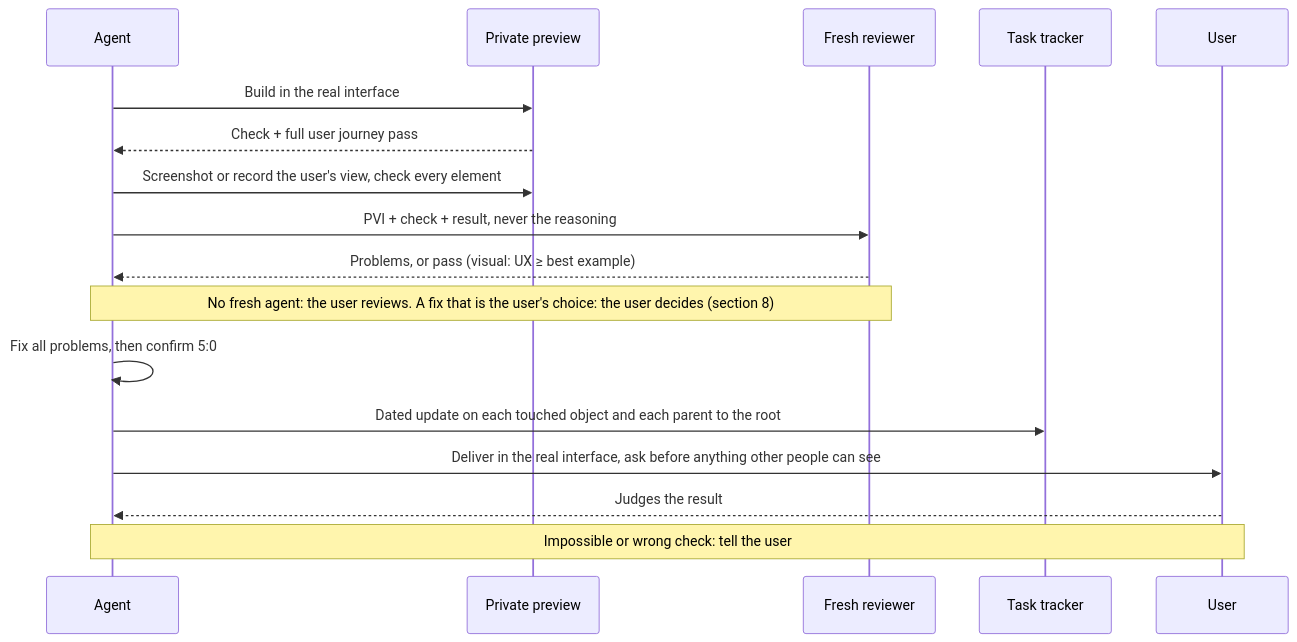
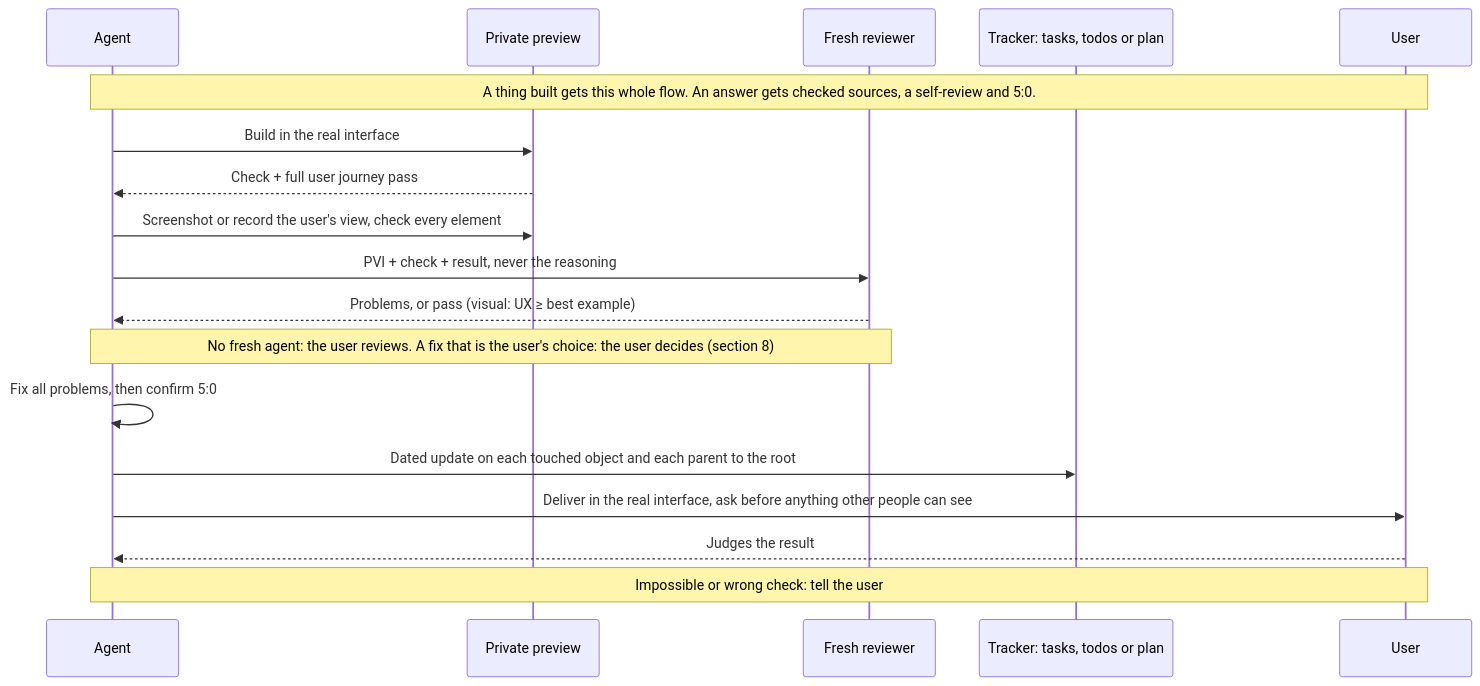
Before and after one commit to SolenixAI/arbiter: diagram 11 of 14 in AGENTS.md, drawn with Mermaid. The commit also changed other lines of this file, not shown here.

First line of the commit message:
docs(agents): title, defined terms, general wording, engine review fixes (#6)

````diff
--- a/AGENTS.md
+++ b/AGENTS.md
@@ -448,19 +454,20 @@
 ```mermaid
 sequenceDiagram
   participant A as Agent
   participant P as Private preview
   participant R as Fresh reviewer
-  participant T as Task tracker
+  participant T as Tracker: tasks, todos or plan
   participant U as User
+  Note over A,U: A thing built gets this whole flow. An answer gets checked sources, a self-review and 5:0.
   A->>P: Build in the real interface
   P-->>A: Check + full user journey pass
   A->>P: Screenshot or record the user's view, check every element
   A->>R: PVI + check + result, never the reasoning
   R-->>A: Problems, or pass (visual: UX ≥ best example)
   Note over A,R: No fresh agent: the user reviews. A fix that is the user's choice: the user decides (section 8)
   A->>A: Fix all problems, then confirm 5:0
   A->>T: Dated update on each touched object and each parent to the root
   A->>U: Deliver in the real interface, ask before anything other people can see
   U-->>A: Judges the result
   Note over A,U: Impossible or wrong check: tell the user
 ```
````
